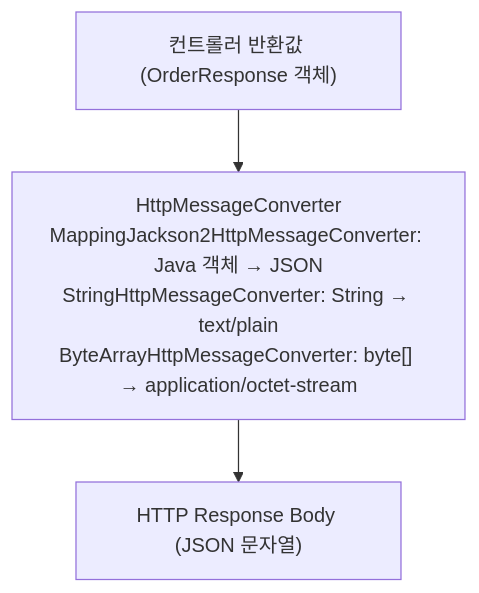
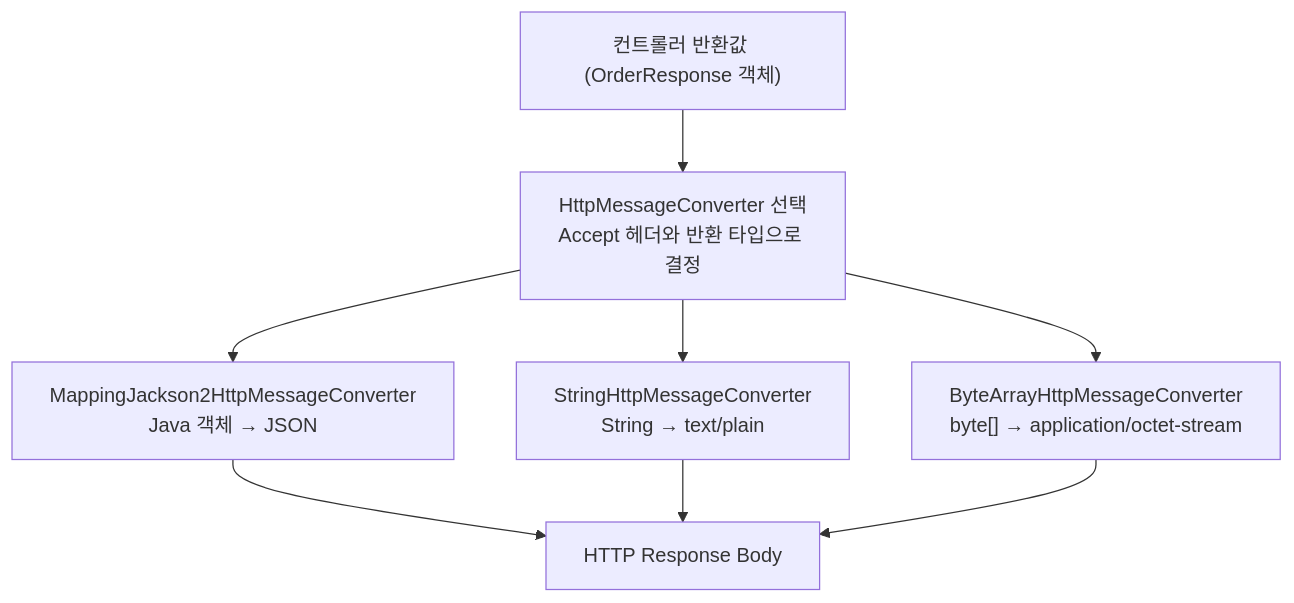
One commit to yjkim2015/yjkim2015.github.io changed the fourth of 6 diagrams in _posts/spring/2026-05-01-spring-mvc.md. Above: the diagram before and after it, drawn with Mermaid. The commit also changed other lines of this file and 34 other files, not shown here.

First line of the commit message:
Full quality pass: 41 files — ASCII removed, 동작원리 보강, diagrams

```diff
--- a/_posts/spring/2026-05-01-spring-mvc.md
+++ b/_posts/spring/2026-05-01-spring-mvc.md
@@ -177,5 +122,10 @@
 <div class="mermaid">
 graph TD
-    A["컨트롤러 반환값 (OrderResponse 객체)"] --> B["HttpMessageConverter<br>MappingJackson2HttpMessageConverter: Java 객체 → JSON<br>StringHttpMessageConverter: String → text/plain<br>ByteArrayHttpMessageConverter: byte[] → application/octet-stream"]
-    B --> C["HTTP Response Body (JSON 문자열)"]
+    A["컨트롤러 반환값 (OrderResponse 객체)"] --> B["HttpMessageConverter 선택<br>Accept 헤더와 반환 타입으로 결정"]
+    B --> C1["MappingJackson2HttpMessageConverter<br>Java 객체 → JSON"]
+    B --> C2["StringHttpMessageConverter<br>String → text/plain"]
+    B --> C3["ByteArrayHttpMessageConverter<br>byte[] → application/octet-stream"]
+    C1 --> D["HTTP Response Body"]
+    C2 --> D
+    C3 --> D
 </div>
```
